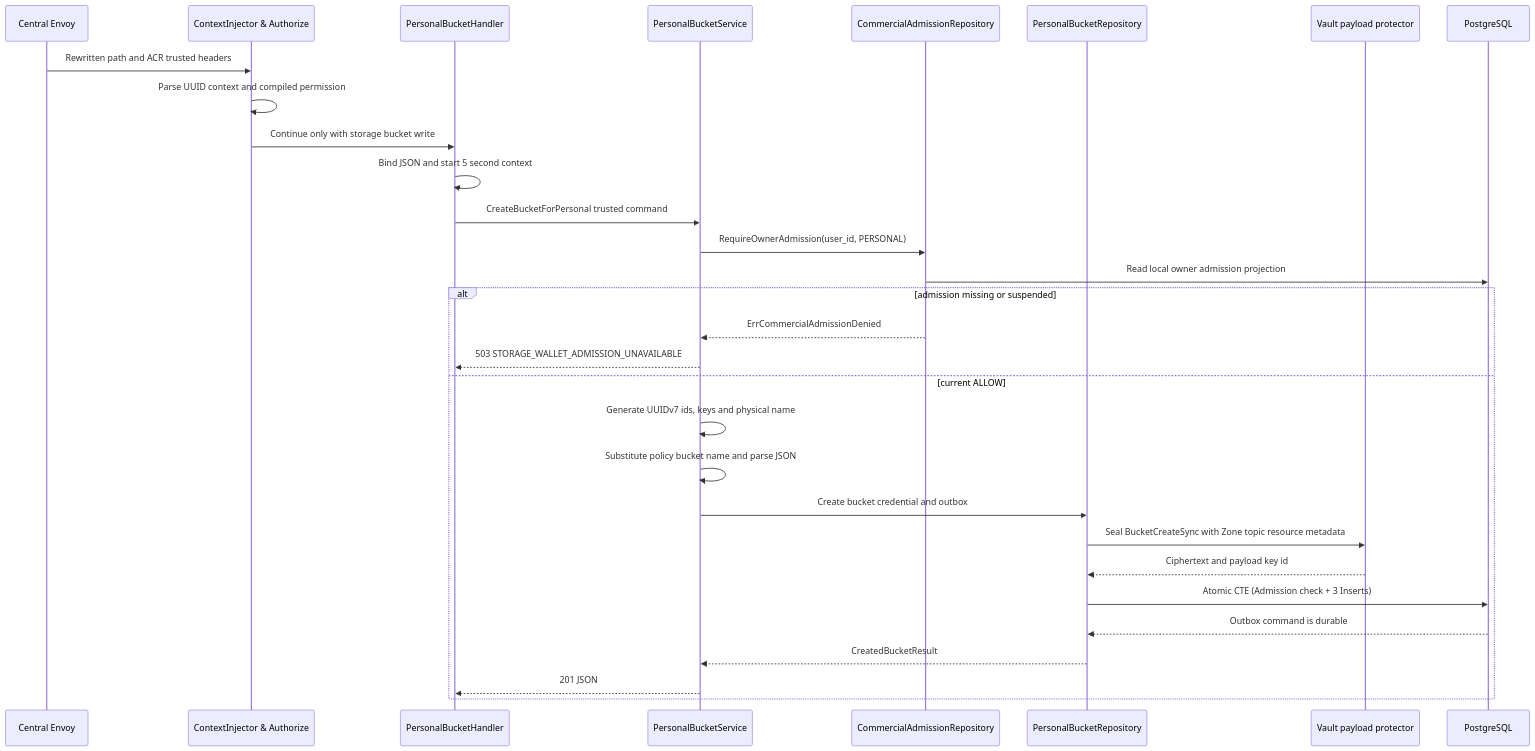
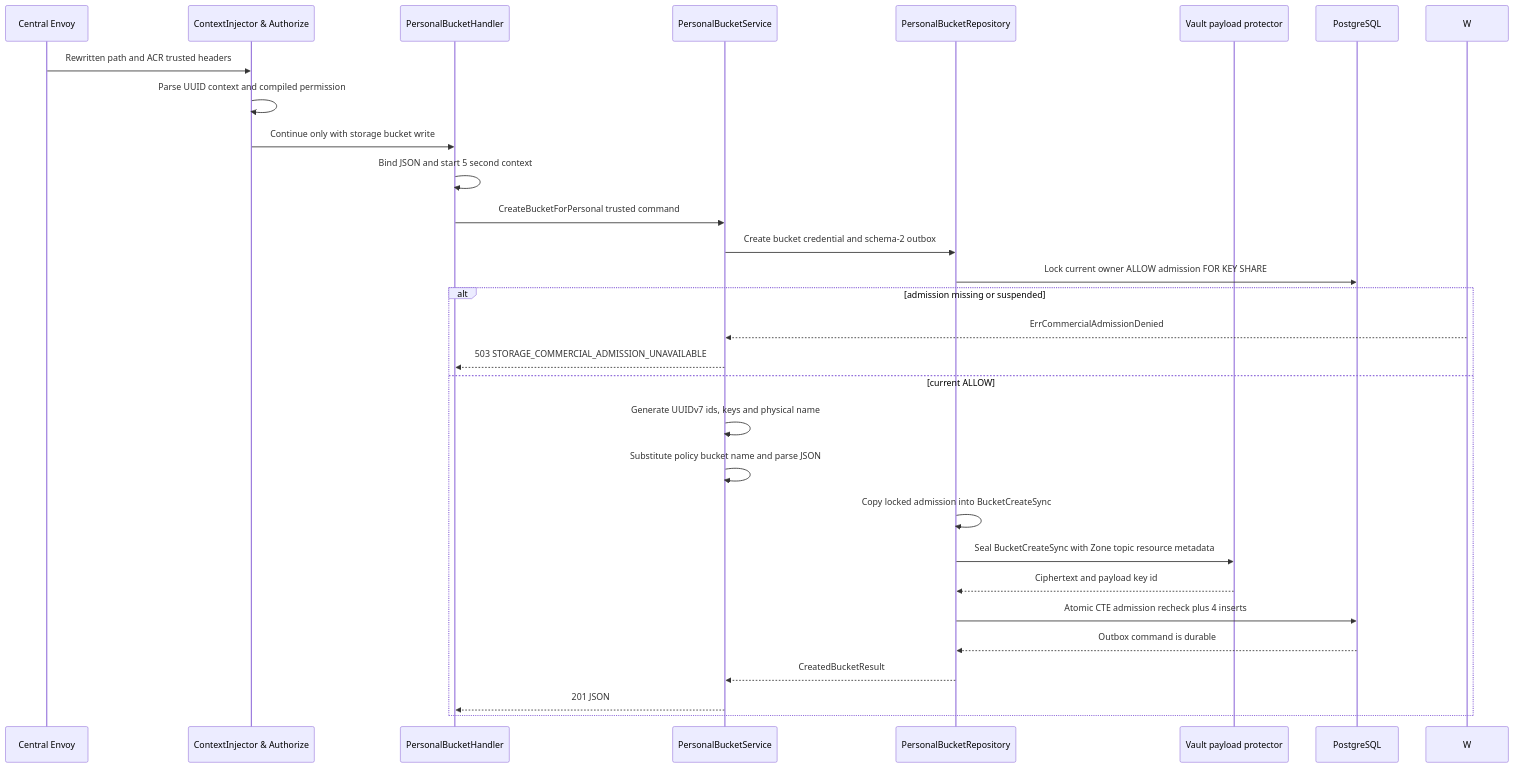
The second of 6 diagrams in god_view/storage/personal_bucket_create_god_view_workflow.md (phucle996/aurora), drawn with Mermaid before and after one commit. The commit also changed other lines of this file and 94 other files, not shown here.

Commit message:
feat(storage): move runtime reads and admission to zone authority

````diff
--- a/god_view/storage/personal_bucket_create_god_view_workflow.md
+++ b/god_view/storage/personal_bucket_create_god_view_workflow.md
@@ -144,33 +161,32 @@
 ```mermaid
 sequenceDiagram
     participant E as Central Envoy
     participant M as ContextInjector & Authorize
     participant H as PersonalBucketHandler
     participant S as PersonalBucketService
-    participant W as CommercialAdmissionRepository
     participant R as PersonalBucketRepository
     participant V as Vault payload protector
     participant PG as PostgreSQL
 
     E->>M: Rewritten path and ACR trusted headers
     M->>M: Parse UUID context and compiled permission
     M->>H: Continue only with storage bucket write
     H->>H: Bind JSON and start 5 second context
     H->>S: CreateBucketForPersonal trusted command
-    S->>W: RequireOwnerAdmission(user_id, PERSONAL)
-    W->>PG: Read local owner admission projection
+    S->>R: Create bucket credential and schema-2 outbox
+    R->>PG: Lock current owner ALLOW admission FOR KEY SHARE
     alt admission missing or suspended
         W-->>S: ErrCommercialAdmissionDenied
-        S-->>H: 503 STORAGE_WALLET_ADMISSION_UNAVAILABLE
+        S-->>H: 503 STORAGE_COMMERCIAL_ADMISSION_UNAVAILABLE
     else current ALLOW
         S->>S: Generate UUIDv7 ids, keys and physical name
         S->>S: Substitute policy bucket name and parse JSON
-        S->>R: Create bucket credential and outbox
+        R->>R: Copy locked admission into BucketCreateSync
         R->>V: Seal BucketCreateSync with Zone topic resource metadata
         V-->>R: Ciphertext and payload key id
-        R->>PG: Atomic CTE (Admission check + 3 Inserts)
+        R->>PG: Atomic CTE admission recheck plus 4 inserts
         PG-->>R: Outbox command is durable
         R-->>S: CreatedBucketResult
         S-->>H: 201 JSON
     end
 ```
````
